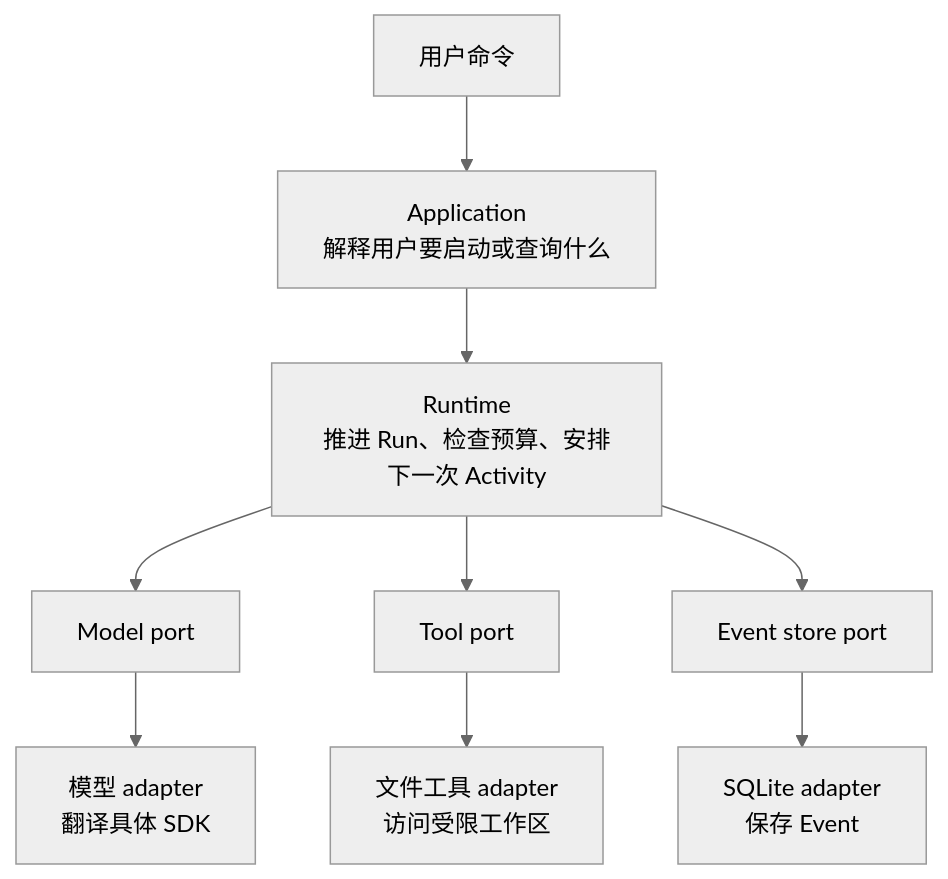
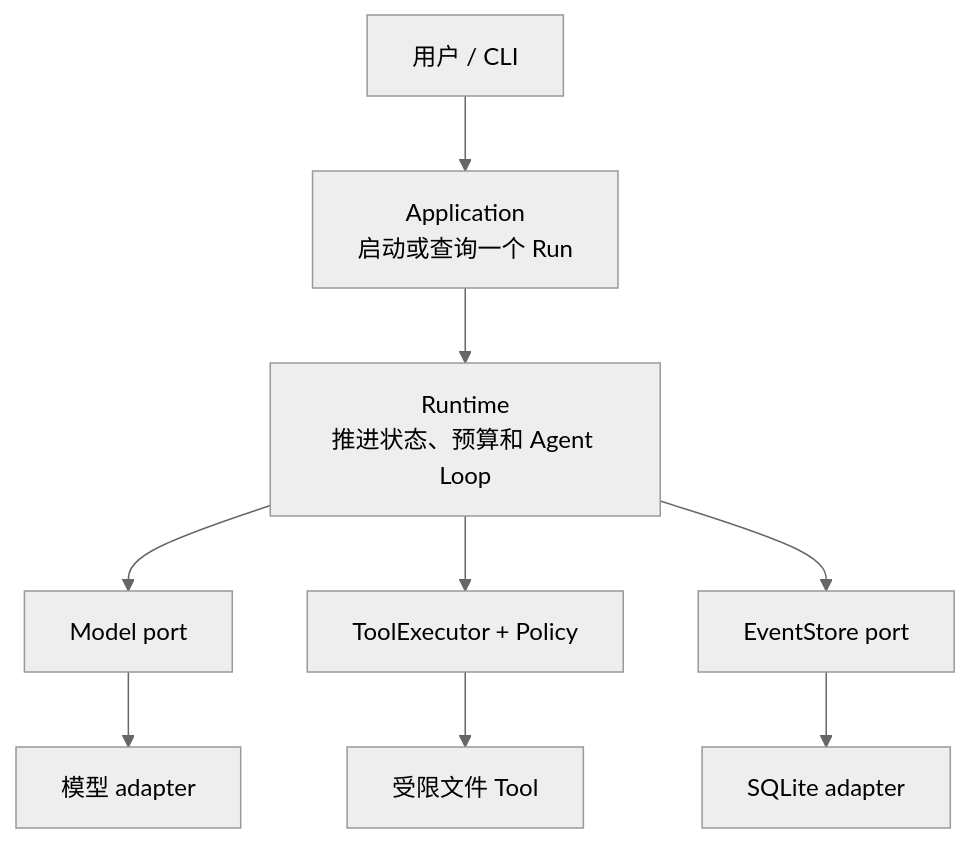
The diagram in site/src/content/docs/zh-cn/architecture/index.md (CherryYang05/BearAgent), drawn with Mermaid (neutral theme) before and after one commit. The commit also changed other lines of this file and 43 other files, not shown here.

````diff
--- a/site/src/content/docs/zh-cn/architecture/index.md
+++ b/site/src/content/docs/zh-cn/architecture/index.md
@@ -29,11 +21,11 @@
 ```mermaid
 flowchart TB
-    U["用户命令"] --> A["Application<br/>解释用户要启动或查询什么"]
-    A --> R["Runtime<br/>推进 Run、检查预算、安排下一次 Activity"]
-    R --> MP["Model port"]
-    R --> TP["Tool port"]
-    R --> EP["Event store port"]
-    MP --> MA["模型 adapter<br/>翻译具体 SDK"]
-    TP --> TA["文件工具 adapter<br/>访问受限工作区"]
-    EP --> SA["SQLite adapter<br/>保存 Event"]
+    U["用户 / CLI"] --> APP["Application\n启动或查询一个 Run"]
+    APP --> RT["Runtime\n推进状态、预算和 Agent Loop"]
+    RT --> MP["Model port"]
+    RT --> TE["ToolExecutor + Policy"]
+    RT --> ES["EventStore port"]
+    MP --> MA["模型 adapter"]
+    TE --> FT["受限文件 Tool"]
+    ES --> SA["SQLite adapter"]
 ```
````
